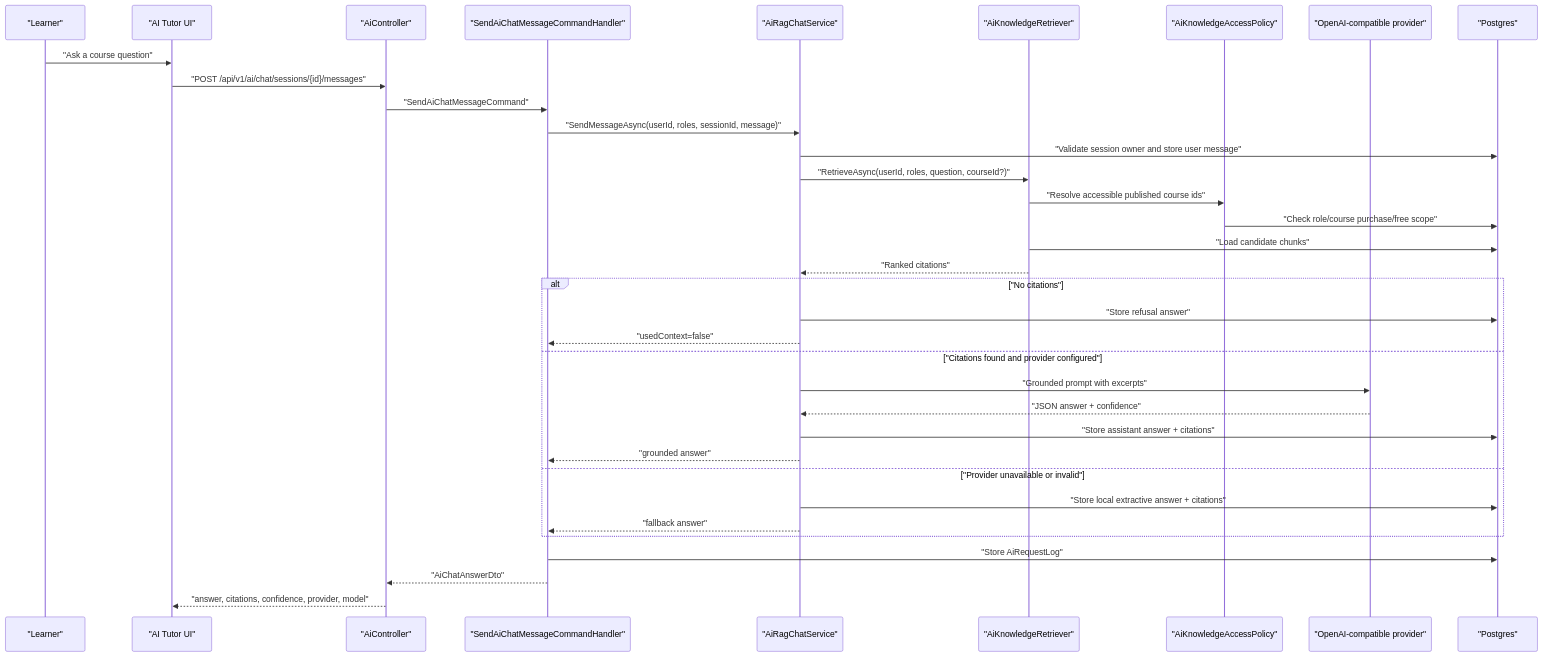
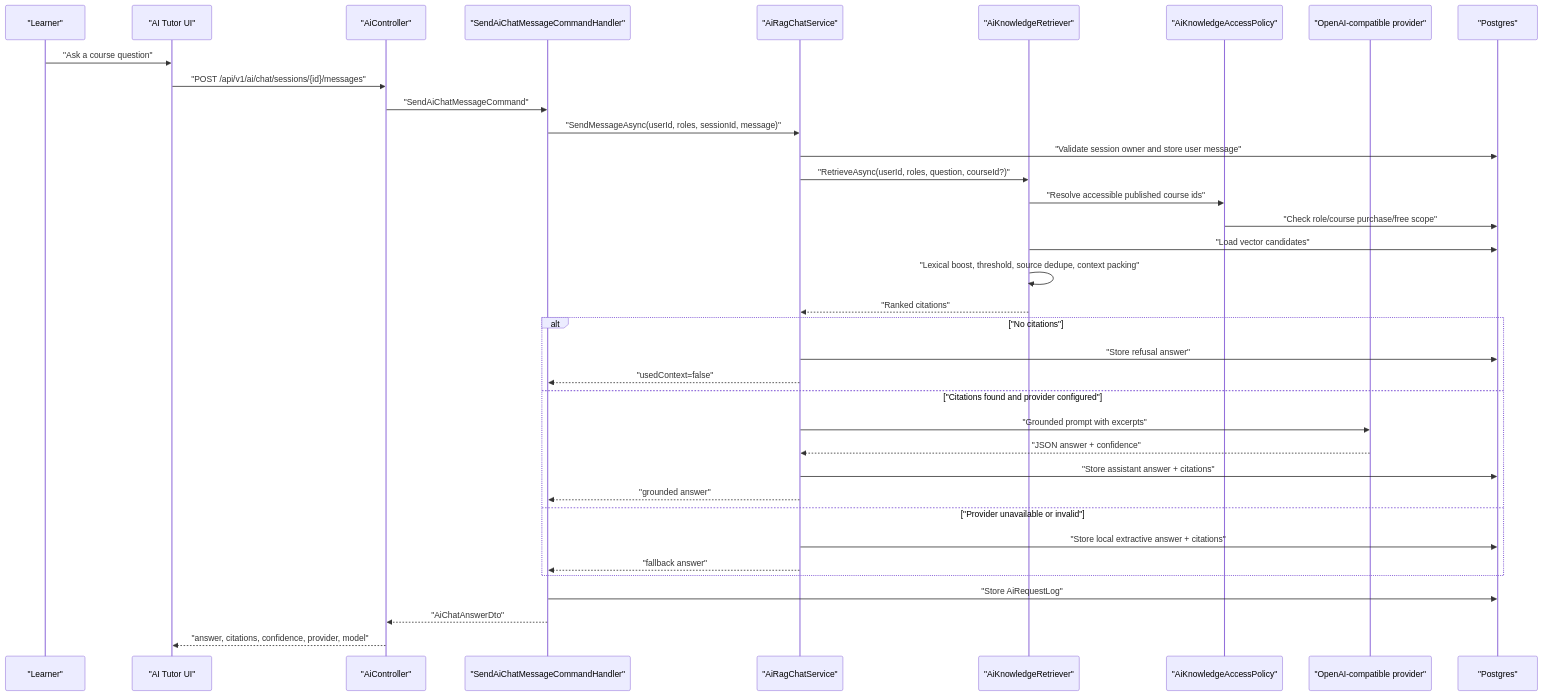
Before and after one commit to caiquangtung/ELearning: the seventh of 7 diagrams in docs/ai-architecture.md, drawn with Mermaid. The commit also changed other lines of this file and 40 other files, not shown here.

````diff
--- a/docs/ai-architecture.md
+++ b/docs/ai-architecture.md
@@ -305,38 +335,39 @@
 ```mermaid
 sequenceDiagram
     participant Learner as "Learner"
     participant UI as "AI Tutor UI"
     participant API as "AiController"
     participant Handler as "SendAiChatMessageCommandHandler"
     participant Chat as "AiRagChatService"
     participant Retriever as "AiKnowledgeRetriever"
     participant Policy as "AiKnowledgeAccessPolicy"
     participant Provider as "OpenAI-compatible provider"
     participant DB as "Postgres"
 
     Learner->>UI: "Ask a course question"
     UI->>API: "POST /api/v1/ai/chat/sessions/{id}/messages"
     API->>Handler: "SendAiChatMessageCommand"
     Handler->>Chat: "SendMessageAsync(userId, roles, sessionId, message)"
     Chat->>DB: "Validate session owner and store user message"
     Chat->>Retriever: "RetrieveAsync(userId, roles, question, courseId?)"
     Retriever->>Policy: "Resolve accessible published course ids"
     Policy->>DB: "Check role/course purchase/free scope"
-    Retriever->>DB: "Load candidate chunks"
+    Retriever->>DB: "Load vector candidates"
+    Retriever->>Retriever: "Lexical boost, threshold, source dedupe, context packing"
     Retriever-->>Chat: "Ranked citations"
     alt "No citations"
         Chat->>DB: "Store refusal answer"
         Chat-->>Handler: "usedContext=false"
     else "Citations found and provider configured"
         Chat->>Provider: "Grounded prompt with excerpts"
         Provider-->>Chat: "JSON answer + confidence"
         Chat->>DB: "Store assistant answer + citations"
         Chat-->>Handler: "grounded answer"
     else "Provider unavailable or invalid"
         Chat->>DB: "Store local extractive answer + citations"
         Chat-->>Handler: "fallback answer"
     end
     Handler->>DB: "Store AiRequestLog"
     Handler-->>API: "AiChatAnswerDto"
     API-->>UI: "answer, citations, confidence, provider, model"
 ```
````
